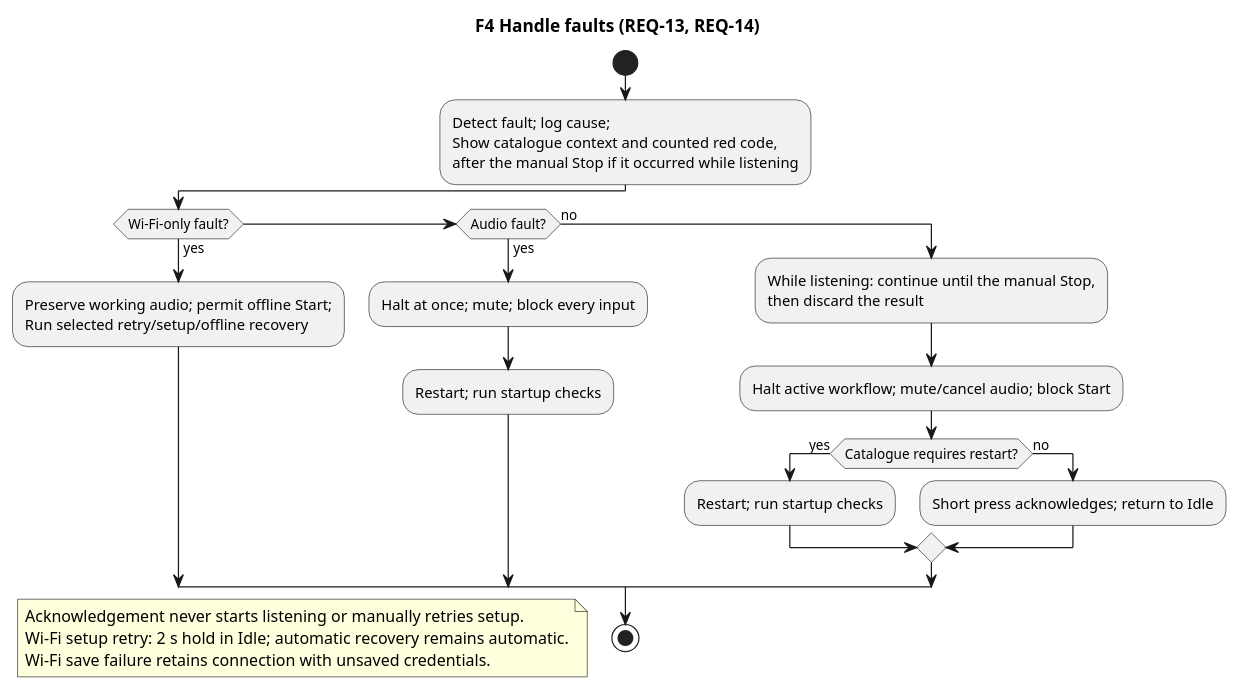
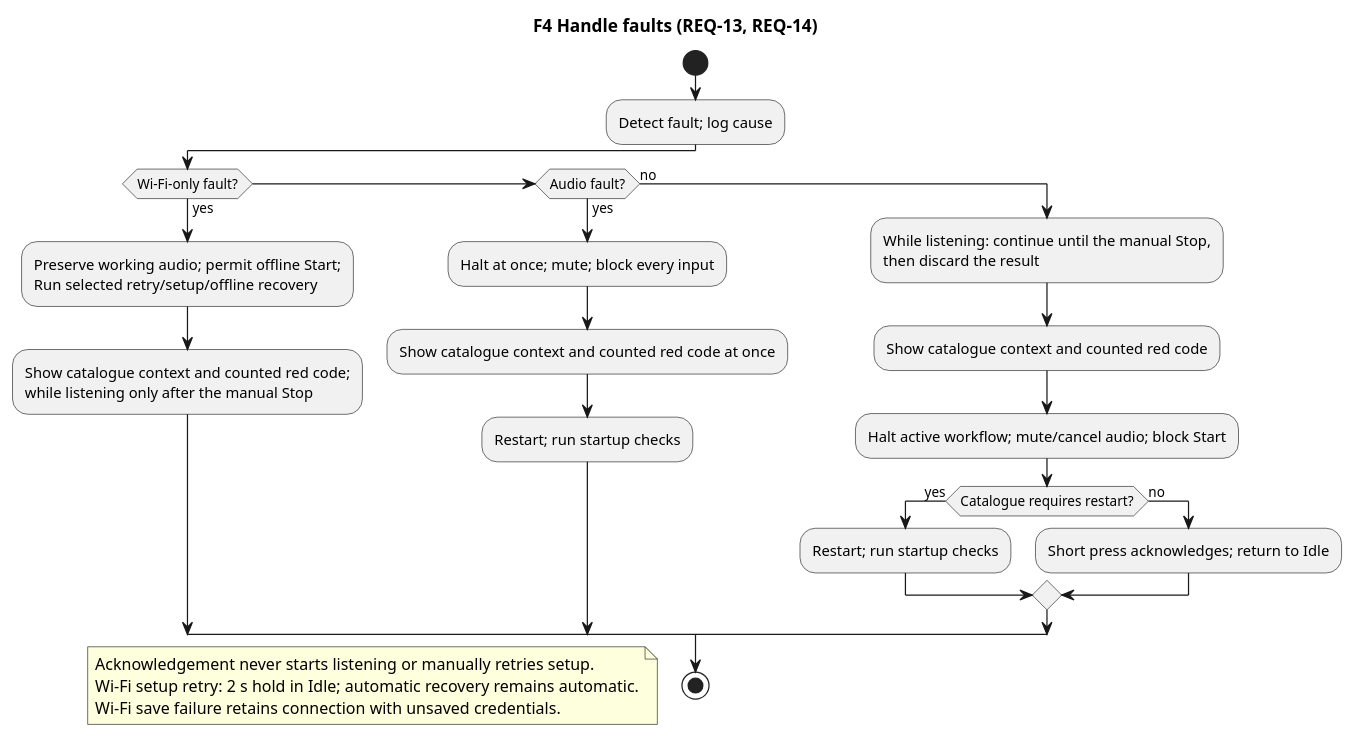
Before and after one commit to DemonicPsychoII/DigitalStethoscope: the diagram in Development/system/requirements/use-cases/uc-04-faults.puml, drawn with PlantUML. The commit also changed 5 other files, not shown here.

First line of the commit message:
documentation: show audio faults at once, defer a BPM worker stall and verify the discarded result and the full input block

```diff
--- a/Development/system/requirements/use-cases/uc-04-faults.puml
+++ b/Development/system/requirements/use-cases/uc-04-faults.puml
@@ -1,27 +1,30 @@
 @startuml uc_04_faults
 skinparam shadowing false
 skinparam defaultFontName SansSerif
 title F4 Handle faults (REQ-13, REQ-14)
 start
-:Detect fault; log cause;\nShow catalogue context and counted red code,\nafter the manual Stop if it occurred while listening;
+:Detect fault; log cause;
 if (Wi-Fi-only fault?) then (yes)
  :Preserve working audio; permit offline Start;\nRun selected retry/setup/offline recovery;
+ :Show catalogue context and counted red code;\nwhile listening only after the manual Stop;
 elseif (Audio fault?) then (yes)
  :Halt at once; mute; block every input;
+ :Show catalogue context and counted red code at once;
  :Restart; run startup checks;
 else (no)
  :While listening: continue until the manual Stop,\nthen discard the result;
+ :Show catalogue context and counted red code;
  :Halt active workflow; mute/cancel audio; block Start;
  if (Catalogue requires restart?) then (yes)
   :Restart; run startup checks;
  else (no)
   :Short press acknowledges; return to Idle;
  endif
 endif
 stop
 floating note
  Acknowledgement never starts listening or manually retries setup.
  Wi-Fi setup retry: 2 s hold in Idle; automatic recovery remains automatic.
  Wi-Fi save failure retains connection with unsaved credentials.
 end note
 @enduml
```
